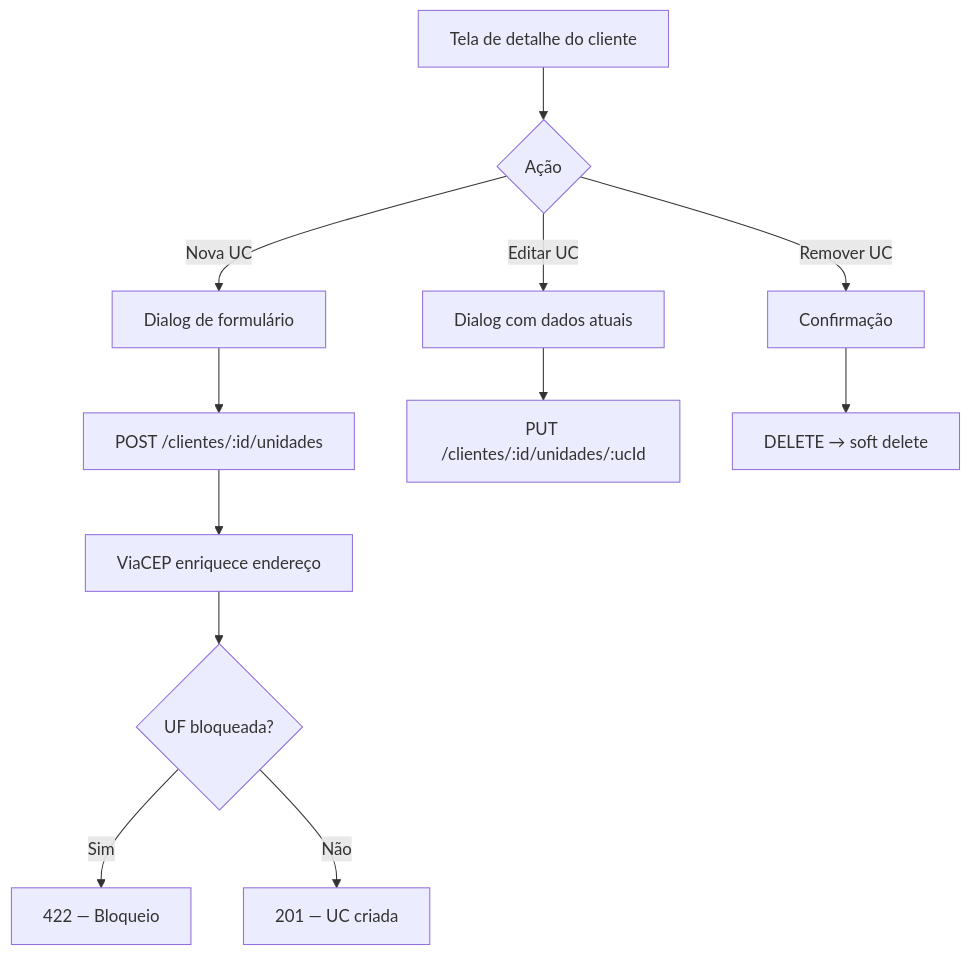
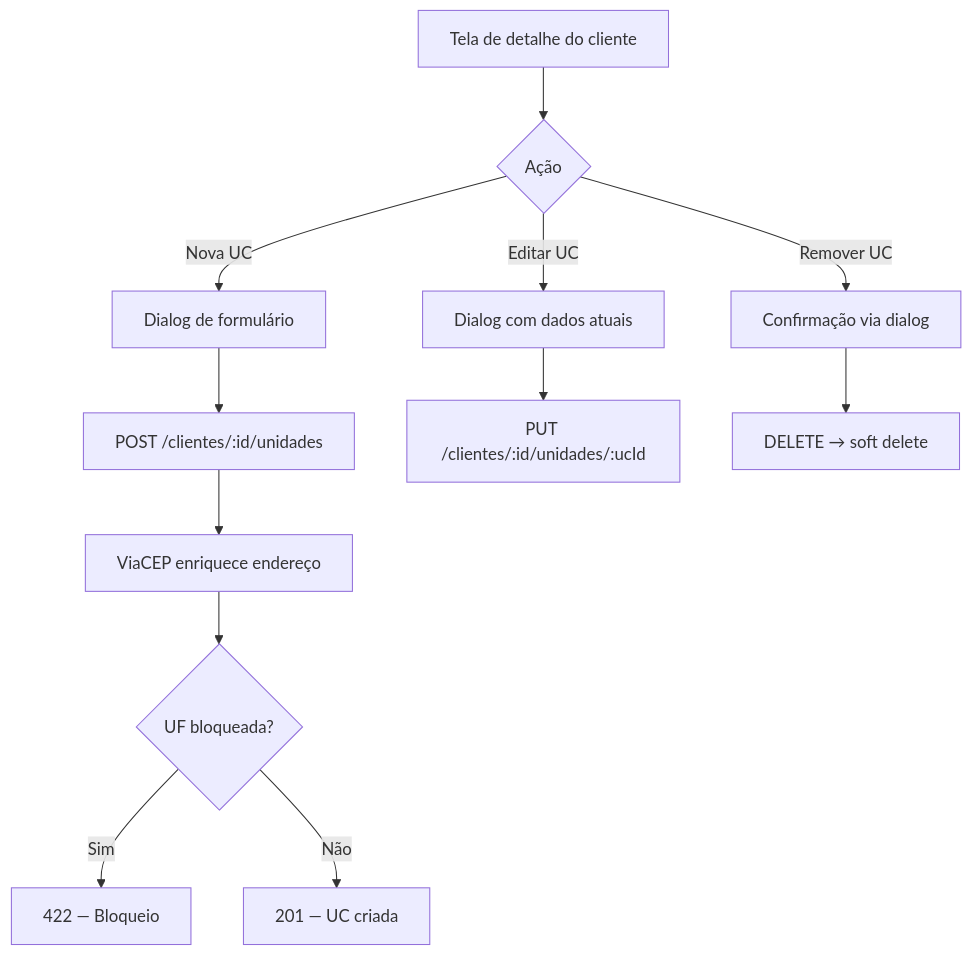
Before and after one commit to LuizGGoncalves/Voltz: the third of 4 diagrams in README.md, drawn with Mermaid. The commit also changed other lines of this file and 4 other files, not shown here.

````diff
--- a/README.md
+++ b/README.md
@@ -77,16 +78,16 @@
 ```mermaid
 flowchart TD
     A[Tela de detalhe do cliente] --> B{Ação}
     B -->|Nova UC| C[Dialog de formulário]
     C --> D[POST /clientes/:id/unidades]
     D --> E[ViaCEP enriquece endereço]
     E --> F{UF bloqueada?}
     F -->|Sim| G[422 — Bloqueio]
     F -->|Não| H[201 — UC criada]
 
     B -->|Editar UC| I[Dialog com dados atuais]
     I --> J[PUT /clientes/:id/unidades/:ucId]
 
-    B -->|Remover UC| K[Confirmação]
+    B -->|Remover UC| K[Confirmação via dialog]
     K --> L[DELETE → soft delete]
 ```
````
